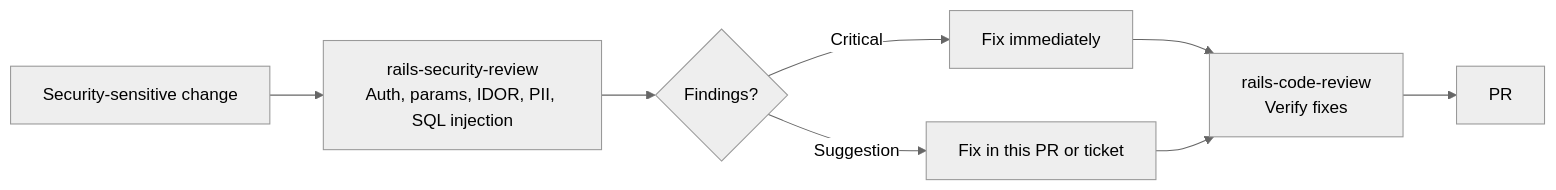
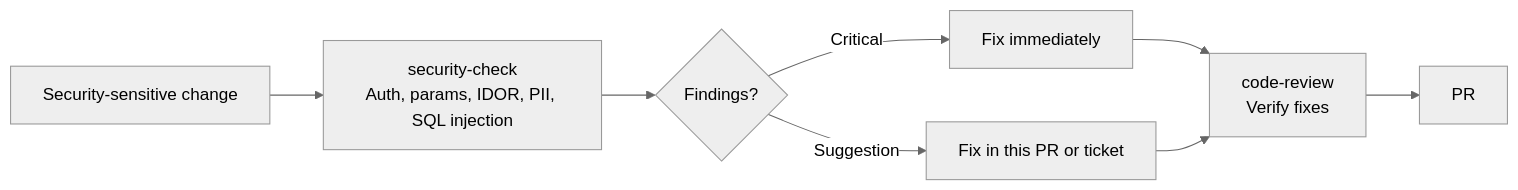
One commit to igmarin/my-RoR-personal-skills changed diagram 12 of 17 in docs/workflow-guide.md. Above: the diagram before and after it, drawn with Mermaid (neutral theme). The commit also changed other lines of this file and 295 other files, not shown here.

First line of the commit message:
Refactor names flows (#57)

````diff
--- a/docs/workflow-guide.md
+++ b/docs/workflow-guide.md
@@ -542,10 +542,10 @@
 ```mermaid
 flowchart LR
-    A[Security-sensitive change] --> B[rails-security-review\nAuth, params, IDOR, PII, SQL injection]
+    A[Security-sensitive change] --> B[security-check\nAuth, params, IDOR, PII, SQL injection]
     B --> C{Findings?}
     C -->|Critical| D[Fix immediately]
     C -->|Suggestion| E[Fix in this PR or ticket]
-    D --> F[rails-code-review\nVerify fixes]
+    D --> F[code-review\nVerify fixes]
     E --> F
     F --> G[PR]
 ```
````
